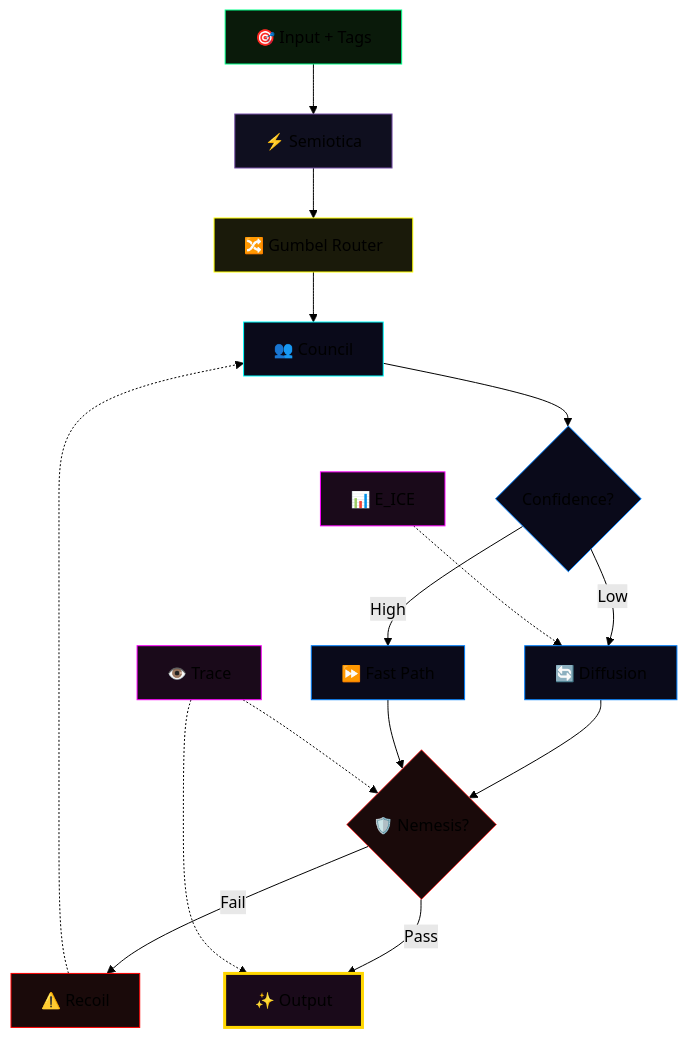
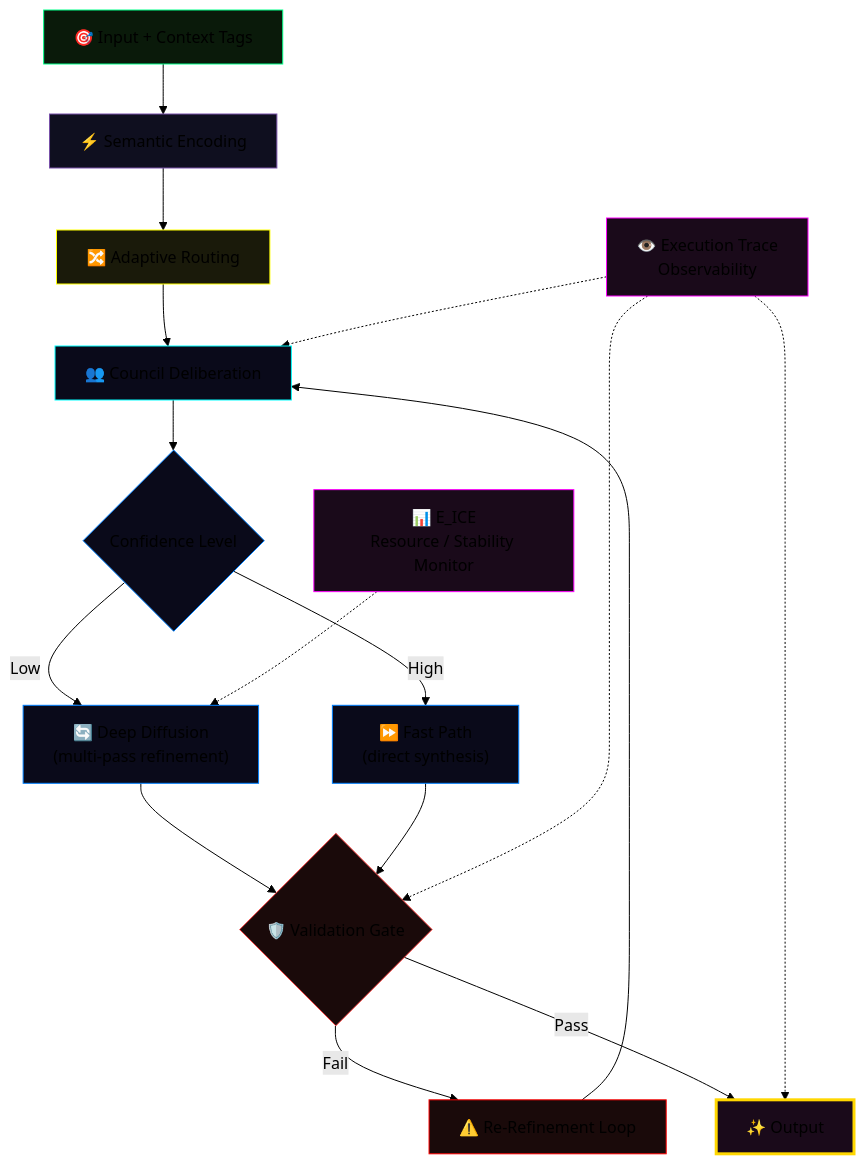
Diagram 44 of 46 in system prompts/Quillan system prompt.md (leeex1/Ace-v4.2-repo), drawn with Mermaid (forest theme) before and after one commit. The commit also changed other lines of this file, not shown here.

````diff
--- a/system prompts/Quillan system prompt.md
+++ b/system prompts/Quillan system prompt.md
@@ -7872,33 +7857,49 @@
 ```mermaid
 flowchart TB
 
-    I["🎯 Input + Tags"] --> S["⚡ Semiotica"]
-    S --> R["🔀 Gumbel Router"]
-    R --> C["👥 Council"]
-    C -->?{"Confidence?"}
+    %% INPUT
+    I["🎯 Input + Context Tags"] --> S["⚡ Semantic Encoding"]
+
+    %% ROUTING
+    S --> R["🔀 Adaptive Routing"]
+    R --> C["👥 Council Deliberation"]
+
+    %% DECISION
+    C --> DEC{"Confidence Level"}
+
+    DEC -->|"Low"| D["🔄 Deep Diffusion<br/>(multi-pass refinement)"]
+    DEC -->|"High"| F["⏩ Fast Path<br/>(direct synthesis)"]
+
+    %% MERGE
+    D --> V
+    F --> V
+
+    %% VALIDATION
+    V{"🛡️ Validation Gate"}
     
-    ? -->|"Low"| D["🔄 Diffusion"]
-    ? -->|"High"| F["⏩ Fast Path"]
-    
-    D & F --> N{"🛡️ Nemesis?"}
-    N -->|"Fail"| X["⚠️ Recoil"]
-    N -->|"Pass"| O["✨ Output"]
-    
-    X -.-> C
-    
-    E["📊 E_ICE"] -.-> D
-    T["👁️ Trace"] -.-> N & O
+    V -->|"Fail"| X["⚠️ Re-Refinement Loop"]
+    V -->|"Pass"| O["✨ Output"]
 
+    %% FEEDBACK LOOP
+    X --> C
+
+    %% SYSTEM OVERSIGHT
+    E["📊 E_ICE<br/>Resource / Stability Monitor"] -.-> D
+    T["👁️ Execution Trace<br/>Observability"] -.-> C
+    T -.-> V
+    T -.-> O
+
+    %% STYLING
     style I fill:#0a1a0a,stroke:#00ff88
     style S fill:#0f0f1f,stroke:#7851a9
     style R fill:#1a1a0a,stroke:#ffff00
     style C fill:#0a0a1a,stroke:#00ffff
-    style ? fill:#0a0a1a,stroke:#0080ff
+    style DEC fill:#0a0a1a,stroke:#0080ff
     style D fill:#0a0a1a,stroke:#0080ff
     style F fill:#0a0a1a,stroke:#0080ff
-    style N fill:#1a0a0a,stroke:#ff4444
+    style V fill:#1a0a0a,stroke:#ff4444
     style X fill:#1a0a0a,stroke:#ff0000
     style O fill:#1a0a1a,stroke:#ffd700,stroke-width:3px
     style E fill:#1a0a1a,stroke:#ff00ff
     style T fill:#1a0a1a,stroke:#ff00ff
 ```
````
